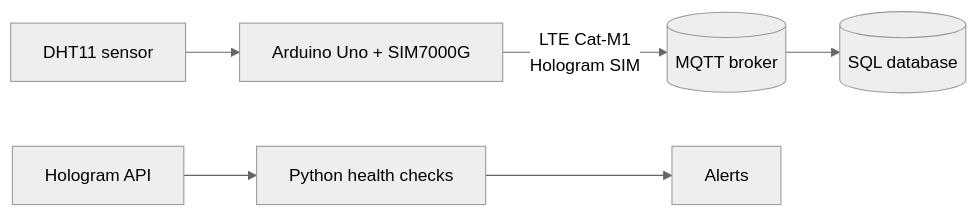
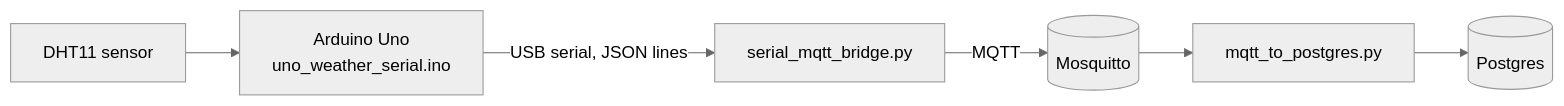
One commit to rdj215/uno_weather_serial changed the second of 2 diagrams in README.md. Above: the diagram before and after it, drawn with Mermaid (neutral theme). The commit also changed other lines of this file and 9 other files, not shown here.

````diff
--- a/README.md
+++ b/README.md
@@ -40,8 +40,8 @@
 ```mermaid
 flowchart LR
-    S[DHT11 sensor] --> U[Arduino Uno + SIM7000G]
-    U -- "LTE Cat-M1<br/>Hologram SIM" --> M[(MQTT broker)]
-    M --> D[(SQL database)]
-    H[Hologram API] --> P[Python health checks]
-    P --> A[Alerts]
+    S[DHT11 sensor] --> U[Arduino Uno<br/>uno_weather_serial.ino]
+    U -- "USB serial, JSON lines" --> B[serial_mqtt_bridge.py]
+    B -- MQTT --> M[(Mosquitto)]
+    M --> W[mqtt_to_postgres.py]
+    W --> D[(Postgres)]
 ```
````
